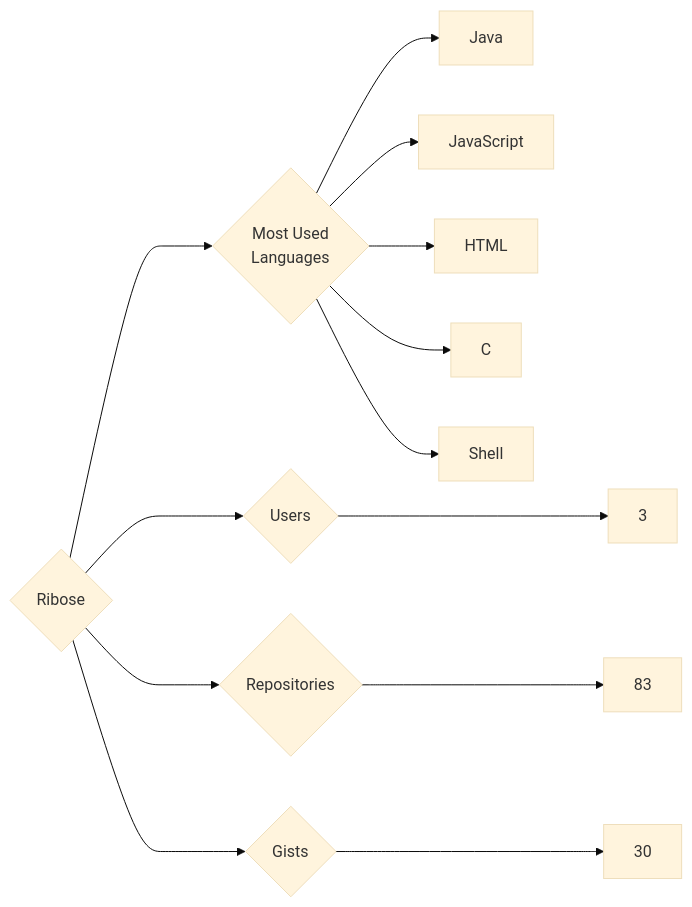
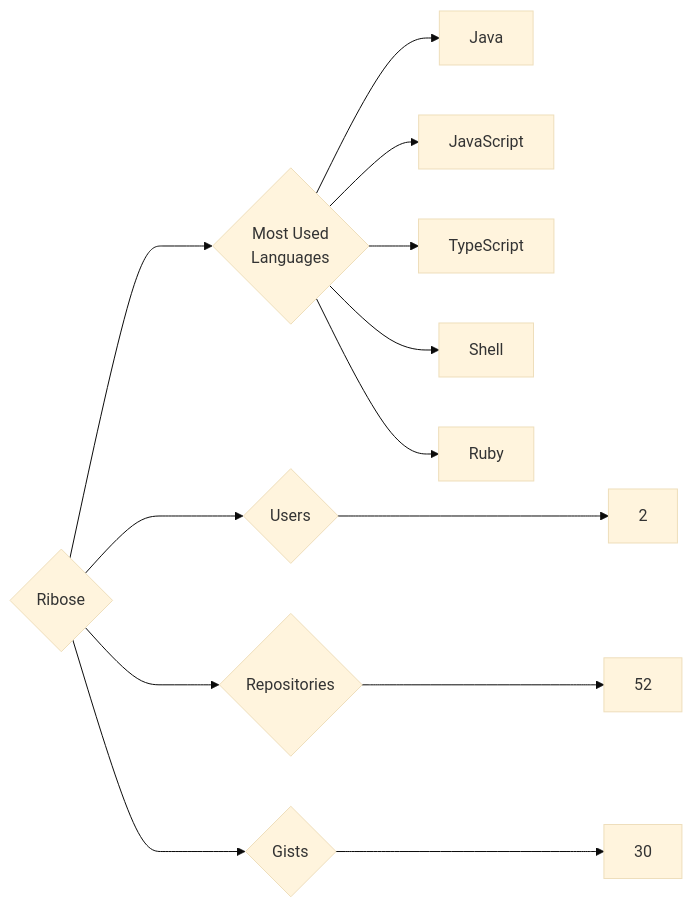
Before and after one commit to trickest/insiders: the diagram in targets/Ribose/README.md, drawn with Mermaid (base theme). The commit also changed 681 other files, not shown here.

````diff
--- a/targets/Ribose/README.md
+++ b/targets/Ribose/README.md
@@ -3,13 +3,13 @@
 ```mermaid
 graph LR
 COMPANY_NAME{Ribose}
-COMPANY_NAME ---> U{Users} ---> UN[3]
-COMPANY_NAME ---> R{Repositories} ---> RN[83]
+COMPANY_NAME ---> U{Users} ---> UN[2]
+COMPANY_NAME ---> R{Repositories} ---> RN[52]
 COMPANY_NAME ---> G{Gists} ---> GN[30]
 COMPANY_NAME ---> ML{Most Used<br>Languages}
 ML --> Java[Java]
 ML --> JavaScript[JavaScript]
-ML --> HTML[HTML]
-ML --> C[C]
+ML --> TypeScript[TypeScript]
 ML --> Shell[Shell]
+ML --> Ruby[Ruby]
 ```
````
